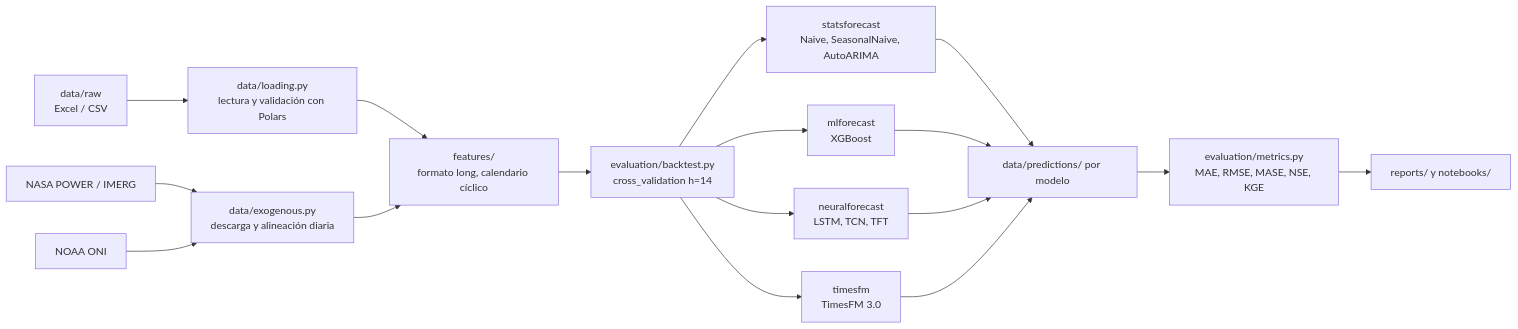
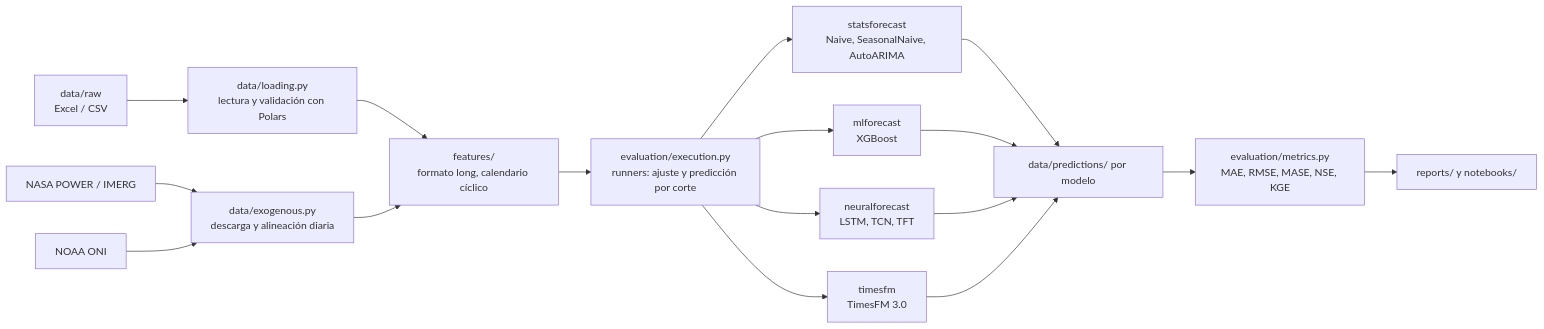
The first of 2 diagrams in README.md (Cesar2926/orinoco-forecast), drawn with Mermaid before and after one commit. The commit also changed other lines of this file and 3 other files, not shown here.

````diff
--- a/README.md
+++ b/README.md
@@ -165,16 +172,16 @@
 ```mermaid
 flowchart LR
   RAW[data/raw<br/>Excel / CSV] --> LOAD[data/loading.py<br/>lectura y validación con Polars]
   NASA[NASA POWER / IMERG] --> EXO[data/exogenous.py<br/>descarga y alineación diaria]
   ONI[NOAA ONI] --> EXO
   LOAD --> FEAT[features/<br/>formato long, calendario cíclico]
   EXO --> FEAT
-  FEAT --> BT[evaluation/backtest.py<br/>cross_validation h=14]
+  FEAT --> BT[evaluation/execution.py<br/>runners: ajuste y predicción por corte]
   BT --> M1[statsforecast<br/>Naive, SeasonalNaive, AutoARIMA]
   BT --> M2[mlforecast<br/>XGBoost]
   BT --> M3[neuralforecast<br/>LSTM, TCN, TFT]
   BT --> M4[timesfm<br/>TimesFM 3.0]
   M1 & M2 & M3 & M4 --> PRED[data/predictions/ por modelo]
   PRED --> MET[evaluation/metrics.py<br/>MAE, RMSE, MASE, NSE, KGE]
   MET --> REP[reports/ y notebooks/]
 ```
````
